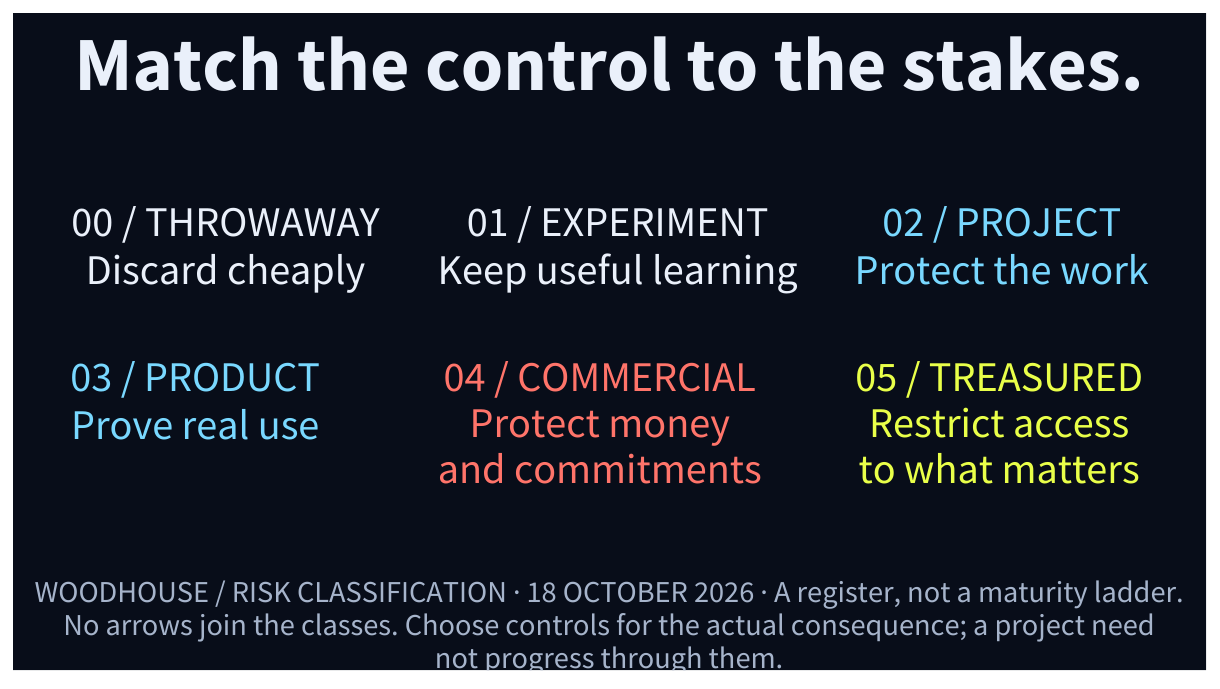
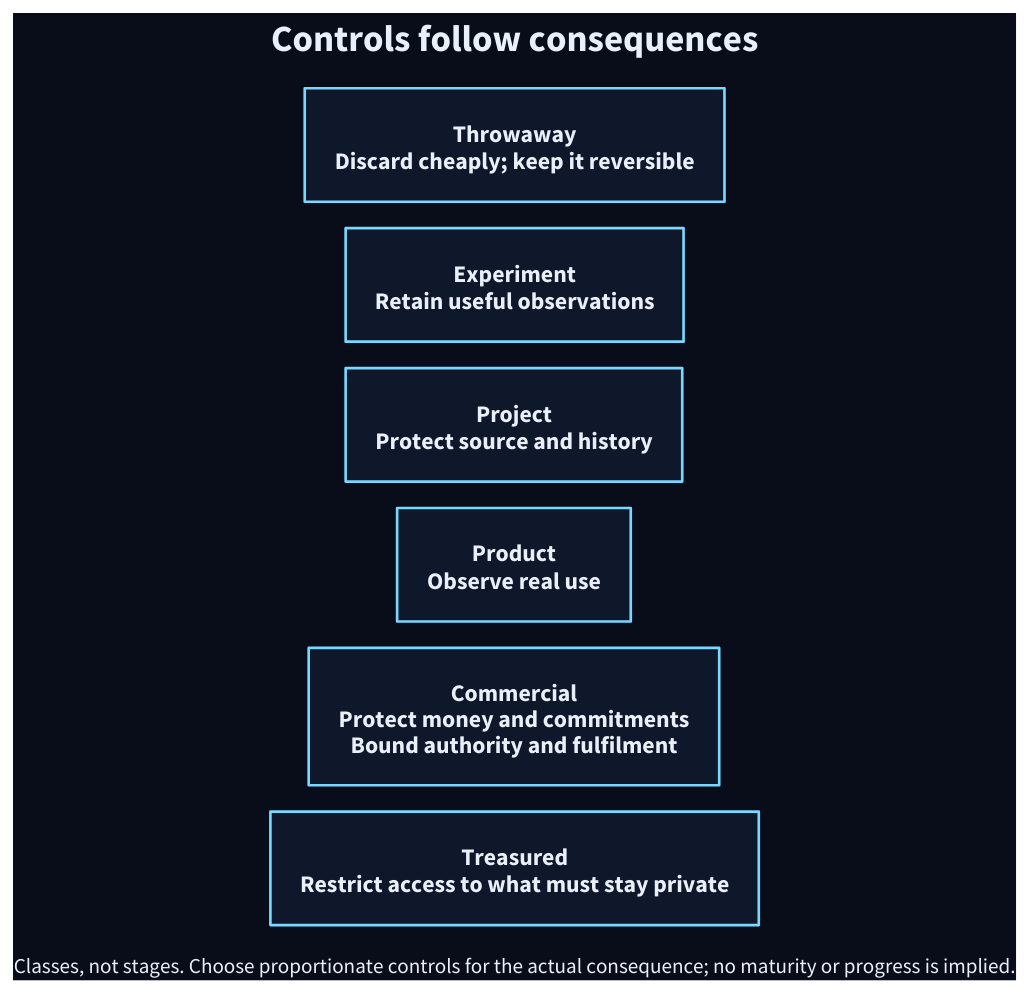
Before and after one commit to loftwah/woodhouse-new: the diagram in public/diagrams/risk-controls.d2, drawn with D2. The commit also changed 203 other files, not shown here.

Commit message:
Replace rejected exports with illustrated technical plates

```diff
--- a/public/diagrams/risk-controls.d2
+++ b/public/diagrams/risk-controls.d2
@@ -1,84 +1,18 @@
-# Woodhouse authored technical plate. Reviewed 18 October 2026.
-# Shape grammar: text = work; circle = responsibility; diamond = decision;
-# labelled stop = evidence boundary; dashed line = return or conditional path.
-# This is a method/relationship, not a claim that every project passed it.
+# Editable Woodhouse system model. Reviewed 18 October 2026.
+# Published illustration and this editable topology are separate artifacts.
+# Retained image master, exact prompts and paired provenance: scripts/assets/technical-plates/risk-controls.*
 vars: {d2-config: {layout-engine: elk; theme-id: 0; pad: 16}}
+direction: right
 style.fill: "#080D19"
-direction: right
-grid-columns: 1
-vertical-gap: 22
-
-plate_title: "Match the control to the stakes." {
-  shape: text
-  style.font-color: "#EAF0FA"
-  style.font-size: 58
-  style.fill: "transparent"
-  style.stroke: "#EAF0FA"
-  style.stroke-width: 0
-  style.bold: true
-}
-plate_title.near: top-center
-risk_register: "" {
-  style.fill: transparent
-  style.stroke-width: 0
-  grid-rows: 2
-  grid-columns: 3
-  grid-gap: 44
-throw: "00 / THROWAWAY\nDiscard cheaply" {
-  shape: text
-  style.font-color: "#EAF0FA"
-  style.font-size: 32
-  style.fill: "transparent"
-  style.stroke: "#EAF0FA"
-  style.stroke-width: 0
-}
-experiment: "01 / EXPERIMENT\nKeep useful learning" {
-  shape: text
-  style.font-color: "#EAF0FA"
-  style.font-size: 32
-  style.fill: "transparent"
-  style.stroke: "#EAF0FA"
-  style.stroke-width: 0
-}
-project: "02 / PROJECT\nProtect the work" {
-  shape: text
-  style.font-color: "#79D8FF"
-  style.font-size: 32
-  style.fill: "transparent"
-  style.stroke: "#79D8FF"
-  style.stroke-width: 0
-}
-product: "03 / PRODUCT\nProve real use" {
-  shape: text
-  style.font-color: "#79D8FF"
-  style.font-size: 32
-  style.fill: "transparent"
-  style.stroke: "#79D8FF"
-  style.stroke-width: 0
-}
-commercial: "04 / COMMERCIAL\nProtect money\nand commitments" {
-  shape: text
-  style.font-color: "#FF746A"
-  style.font-size: 32
-  style.fill: "transparent"
-  style.stroke: "#FF746A"
-  style.stroke-width: 0
-}
-treasured: "05 / TREASURED\nRestrict access\nto what matters" {
-  shape: text
-  style.font-color: "#E9FF49"
-  style.font-size: 32
-  style.fill: "transparent"
-  style.stroke: "#E9FF49"
-  style.stroke-width: 0
-}
-}
-plate_note: "WOODHOUSE / RISK CLASSIFICATION · 18 OCTOBER 2026 · A register, not a maturity ladder.\nNo arrows join the classes. Choose controls for the actual consequence; a project need\nnot progress through them." {
-  shape: text
-  style.font-color: "#A6B4CB"
-  style.font-size: 23
-  style.fill: "transparent"
-  style.stroke: "#A6B4CB"
-  style.stroke-width: 0
-}
-plate_note.near: bottom-center
+*.style.fill: "#0F182A"
+*.style.stroke: "#79D8FF"
+*.style.font-color: "#EAF0FA"
+*.style.font-size: 18
+title: "Controls follow consequences" {shape: text; near: top-center; style.font-size: 28; style.bold: true}
+throw: "Throwaway\nDiscard cheaply; keep it reversible" {}
+experiment: "Experiment\nRetain useful observations" {}
+project: "Project\nProtect source and history" {}
+product: "Product\nObserve real use" {}
+commercial: "Commercial\nProtect money and commitments\nBound authority and fulfilment" {}
+treasured: "Treasured\nRestrict access to what must stay private" {}
+note: "Classes, not stages. Choose proportionate controls for the actual consequence; no maturity or progress is implied." {shape: text; near: bottom-center; style.font-size: 16}
```
